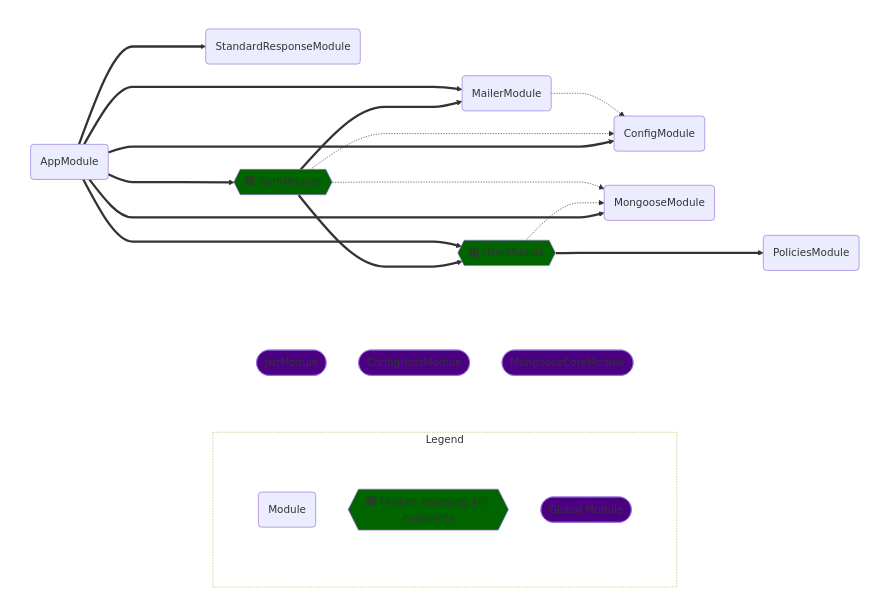
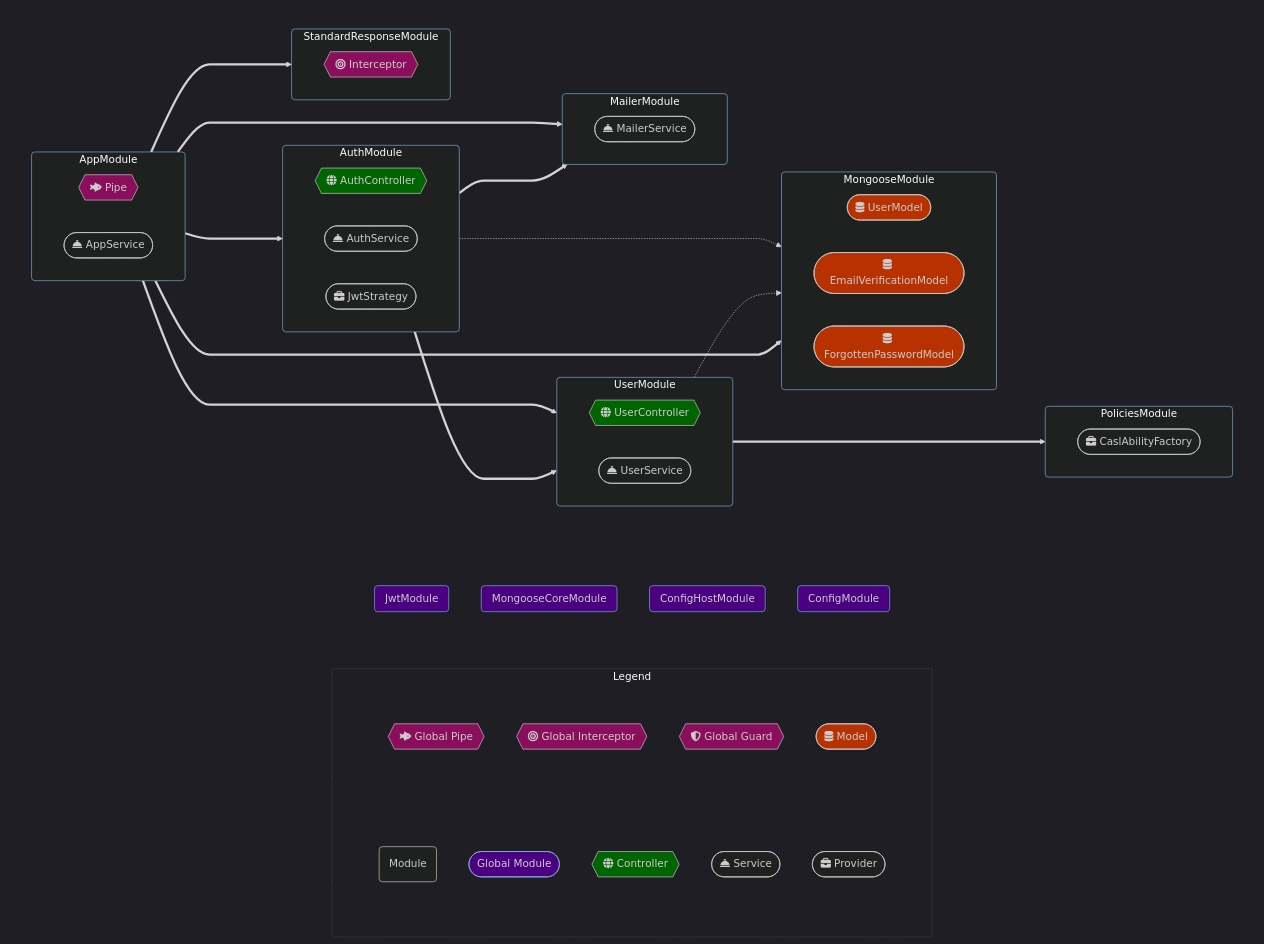
Before and after one commit to simioni/nest-pret: the diagram in README.md, drawn with Mermaid. The commit also changed other lines of this file, not shown here.

````diff
--- a/README.md
+++ b/README.md
@@ -224,40 +224,99 @@
 ```mermaid
-%%{ init: { 'flowchart': { 'curve': 'monotoneX' } } }%%
+%%{ init: { 'flowchart': { 'curve': 'monotoneX' }, 'theme':'dark' } }%%
 flowchart LR
-  subgraph legend[ Legend ]
-    subgraph legendPadding [ ]
-      direction TB
-      ex2(Module)
-      ex1{{fa:fa-globe Module exposing API endpoints}}:::restEndpoint
-      ex3([Global Module]):::globalModule
-    end
-  end
-  subgraph globalModules[ ]
-  	JwtModule([JwtModule]):::globalModule
-	ConfigHostModule([ConfigHostModule]):::globalModule
-	MongooseCoreModule([MongooseCoreModule]):::globalModule
-  end
-  subgraph appGraph[" "]
-    direction LR
-	AppModule(AppModule)===>ConfigModule(ConfigModule)
-	AppModule(AppModule)===>MongooseModule(MongooseModule)
-	AppModule(AppModule)===>StandardResponseModule(StandardResponseModule)
-	AppModule(AppModule)===>AuthModule{{fa:fa-globe AuthModule}}:::restEndpoint
-	AuthModule{{fa:fa-globe AuthModule}}:::restEndpoint-.->ConfigModule(ConfigModule)
-	AuthModule{{fa:fa-globe AuthModule}}:::restEndpoint===>UserModule{{fa:fa-globe UserModule}}:::restEndpoint
-	UserModule{{fa:fa-globe UserModule}}:::restEndpoint-.->MongooseModule(MongooseModule)
-	UserModule{{fa:fa-globe UserModule}}:::restEndpoint===>PoliciesModule(PoliciesModule)
-	AuthModule{{fa:fa-globe AuthModule}}:::restEndpoint===>MailerModule(MailerModule)
-	MailerModule(MailerModule)-.->ConfigModule(ConfigModule)
-	AuthModule{{fa:fa-globe AuthModule}}:::restEndpoint-.->MongooseModule(MongooseModule)
-	AppModule(AppModule)===>UserModule{{fa:fa-globe UserModule}}:::restEndpoint
-	AppModule(AppModule)===>MailerModule(MailerModule)
-  end
-classDef restEndpoint fill:darkgreen
+	subgraph legend[ Legend ]
+		direction LR
+		subgraph legendLine1 [ ]
+			direction TB
+			ex1(Module)
+			ex2([Global Module]):::globalModule
+			ex3{{fa:fa-globe Controller}}:::controller
+			ex9([fa:fa-bell-concierge Service]):::service
+			ex4([fa:fa-briefcase Provider]):::provider
+		end
+		subgraph legendLine2 [ ]
+			direction TB
+			ex6{{fa:fa-fish-fins Global Pipe}}:::pipe
+			ex7{{fa:fa-bullseye Global Interceptor}}:::interceptor
+			ex8{{fa:fa-shield-halved Global Guard}}:::guard
+			ex5([fa:fa-database Model]):::model
+		end
+	end
+	subgraph globalModules[ ]
+		ConfigModule([ConfigModule]):::globalModule
+		JwtModule([JwtModule]):::globalModule
+		ConfigHostModule([ConfigHostModule]):::globalModule
+		MongooseCoreModule([MongooseCoreModule]):::globalModule
+	end
+	subgraph modules[" "]
+		direction LR
+		subgraph AppModule
+			direction LR
+			Pipe{{fa:fa-fish-fins Pipe}}:::pipe
+			AppService([fa:fa-bell-concierge AppService]):::service
+		end
+		subgraph ConfigModule
+		end
+		subgraph ConfigHostModule
+		end
+		subgraph MongooseModule
+			direction LR
+			UserModel([fa:fa-database UserModel]):::model
+			EmailVerificationModel([fa:fa-database EmailVerificationModel]):::model
+			ForgottenPasswordModel([fa:fa-database ForgottenPasswordModel]):::model
+		end
+		subgraph MongooseCoreModule
+		end
+		subgraph StandardResponseModule
+			direction LR
+			Interceptor{{fa:fa-bullseye Interceptor}}:::interceptor
+		end
+		subgraph AuthModule
+			direction LR
+			AuthController{{fa:fa-globe AuthController}}:::controller
+			AuthService([fa:fa-bell-concierge AuthService]):::service
+			JwtStrategy(["fa:fa-briefcase JwtStrategy"]):::provider
+		end
+		subgraph UserModule
+			direction LR
+			UserController{{fa:fa-globe UserController}}:::controller
+			UserService([fa:fa-bell-concierge UserService]):::service
+		end
+		subgraph PoliciesModule
+			direction LR
+			CaslAbilityFactory(["fa:fa-briefcase CaslAbilityFactory"]):::provider
+		end
+		subgraph MailerModule
+			direction LR
+			MailerService([fa:fa-bell-concierge MailerService]):::service
+		end
+		subgraph JwtModule
+		end
+		
+		AppModule===>MongooseModule
+		AppModule===>StandardResponseModule
+		AppModule===>AuthModule
+		AuthModule===>UserModule
+		UserModule-.->MongooseModule
+		UserModule===>PoliciesModule
+		AuthModule===>MailerModule
+		AuthModule-.->MongooseModule
+		AppModule===>UserModule
+		AppModule===>MailerModule
+	end
+classDef controller fill:darkgreen
+classDef provider fill:#1f2020
+classDef service fill:#1f2020
+classDef pipe fill:#8b0e5d
+classDef guard fill:#8b0e5d
+classDef interceptor fill:#8b0e5d
+classDef model fill:#b83100
+classDef globalModule,moduleSubgraph fill:#1f2020,stroke:#81B1DB,rx:5,ry:5
 classDef globalModule fill:indigo
+classDef layoutGroup fill:none,stroke:none
 classDef groupStyles rx:10,ry:10
 class legend groupStyles
-classDef layoutGroup fill:none,stroke:none
-class appGraph,legendPadding,globalModules layoutGroup
+class modules,globalModules,legendLine1,legendLine2 layoutGroup
+class AppModule,MongooseModule,StandardResponseModule,AuthModule,UserModule,PoliciesModule,MailerModule moduleSubgraph
 style legend stroke-dasharray: 0 1 1,fill:none,opacity:0.95
 ```
````
